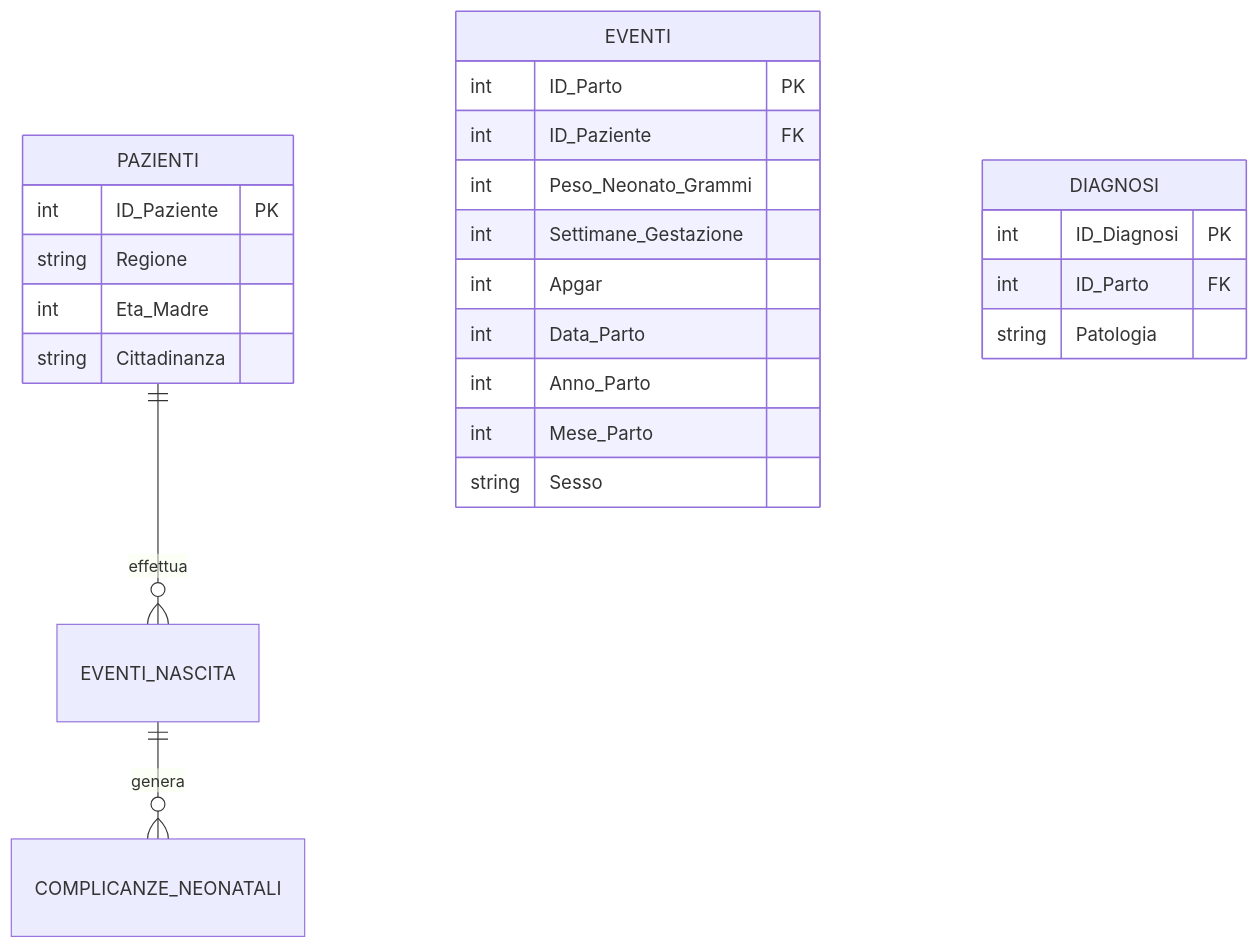
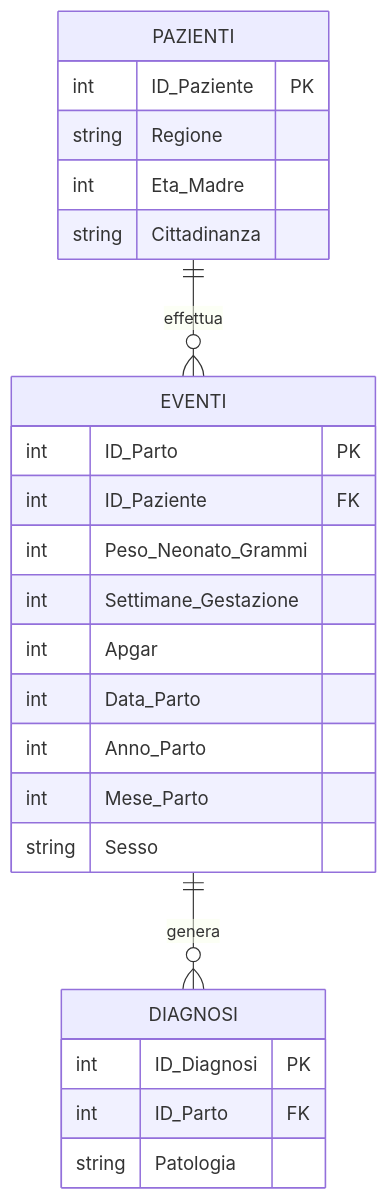
Before and after one commit to jole3624/Natal-Monitor: the diagram in README.md, drawn with Mermaid.

Commit message:
Update ER diagram in README.md

````diff
--- a/README.md
+++ b/README.md
@@ -92,32 +92,32 @@
 ```mermaid
 erDiagram
-    PAZIENTI ||--o{ EVENTI_NASCITA : "effettua"
-    EVENTI_NASCITA ||--o{ COMPLICANZE_NEONATALI : "genera"
+    PAZIENTI ||--o{ EVENTI : "effettua"
+    EVENTI ||--o{ DIAGNOSI : "genera"
 
     PAZIENTI {
         int ID_Paziente PK
         string Regione
         int Eta_Madre
         string Cittadinanza
     }
 
     EVENTI {
         int ID_Parto PK
         int ID_Paziente FK
         int Peso_Neonato_Grammi
         int Settimane_Gestazione
         int Apgar
         int Data_Parto
         int Anno_Parto
         int Mese_Parto
         string Sesso
     }
 
     DIAGNOSI {
         int ID_Diagnosi PK
         int ID_Parto FK
         string Patologia
     }
 
 
 ```
````
